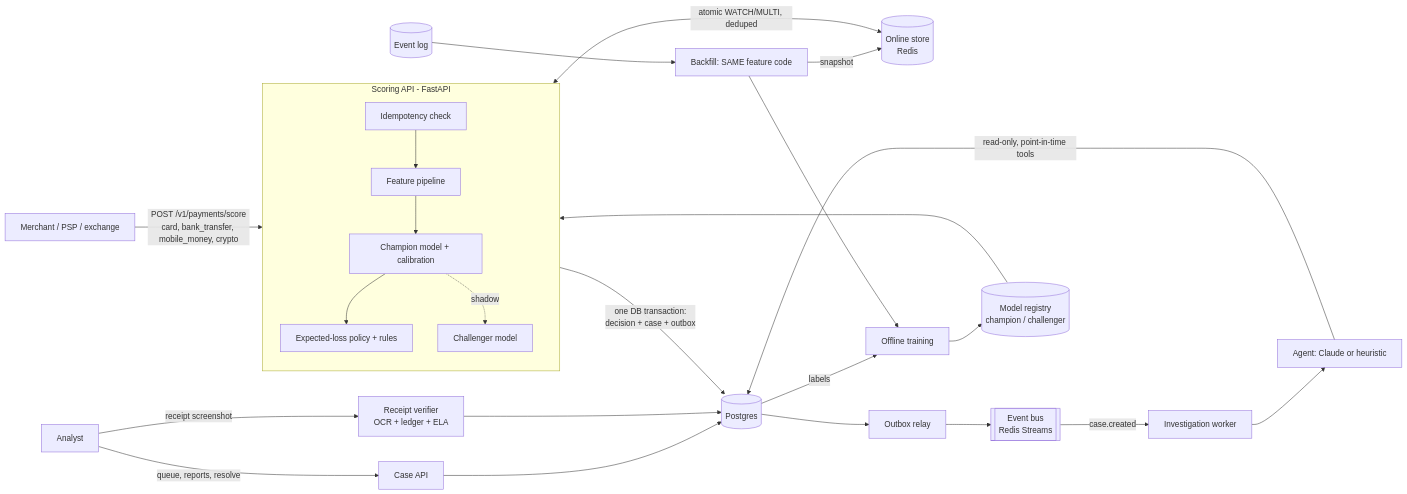
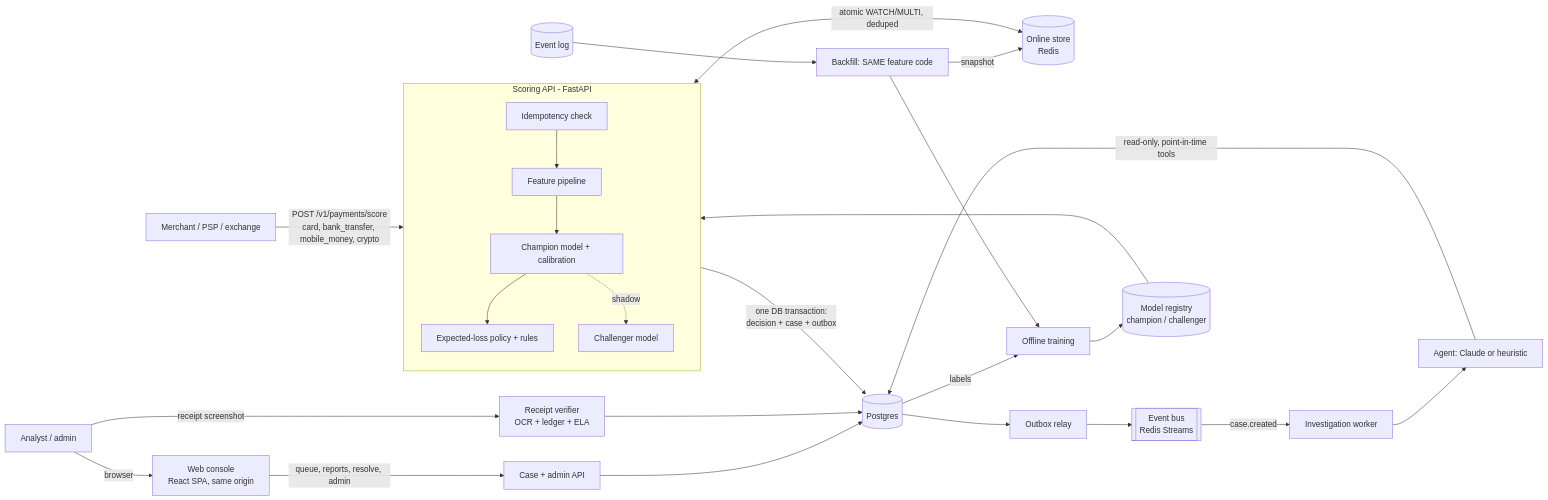
Before and after one commit to lourish789/payment_fraud_platform: the diagram in README.md, drawn with Mermaid. The commit also changed other lines of this file and 78 other files, not shown here.

Commit message:
Add web console and admin API

````diff
--- a/README.md
+++ b/README.md
@@ -78,21 +83,21 @@
 ```mermaid
 flowchart LR
     M[Merchant / PSP / exchange] -->|POST /v1/payments/score<br/>card, bank_transfer, mobile_money, crypto| API
     subgraph API[Scoring API - FastAPI]
         direction TB
         IDEM[Idempotency check] --> FS[Feature pipeline]
         FS --> MOD[Champion model + calibration]
         MOD --> POL[Expected-loss policy + rules]
         MOD -.shadow.-> CH[Challenger model]
     end
     FS <-->|atomic WATCH/MULTI, deduped| REDIS[(Online store<br/>Redis)]
     POL -->|one DB transaction:<br/>decision + case + outbox| PG[(Postgres)]
     PG --> RELAY[Outbox relay] --> BUS[[Event bus<br/>Redis Streams]]
     BUS -->|case.created| WK[Investigation worker]
     WK --> AG[Agent: Claude or heuristic] -->|read-only, point-in-time tools| PG
-    A[Analyst] -->|queue, reports, resolve| API2[Case API] --> PG
+    A[Analyst / admin] -->|browser| UI[Web console<br/>React SPA, same origin] -->|queue, reports, resolve, admin| API2[Case + admin API] --> PG
     A -->|receipt screenshot| CV[Receipt verifier<br/>OCR + ledger + ELA] --> PG
     PG -->|labels| TRAIN[Offline training]
     LOG[(Event log)] --> BF[Backfill: SAME feature code] --> TRAIN --> REG[(Model registry<br/>champion / challenger)] --> MOD
     BF -->|snapshot| REDIS
 ```
````
